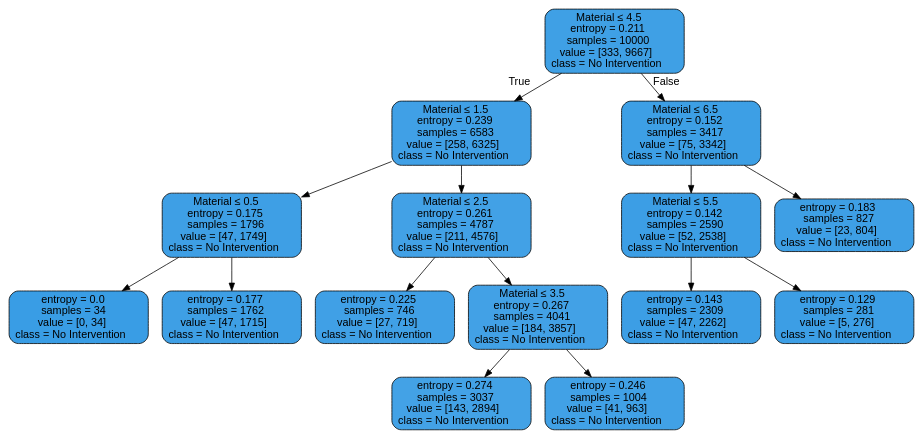
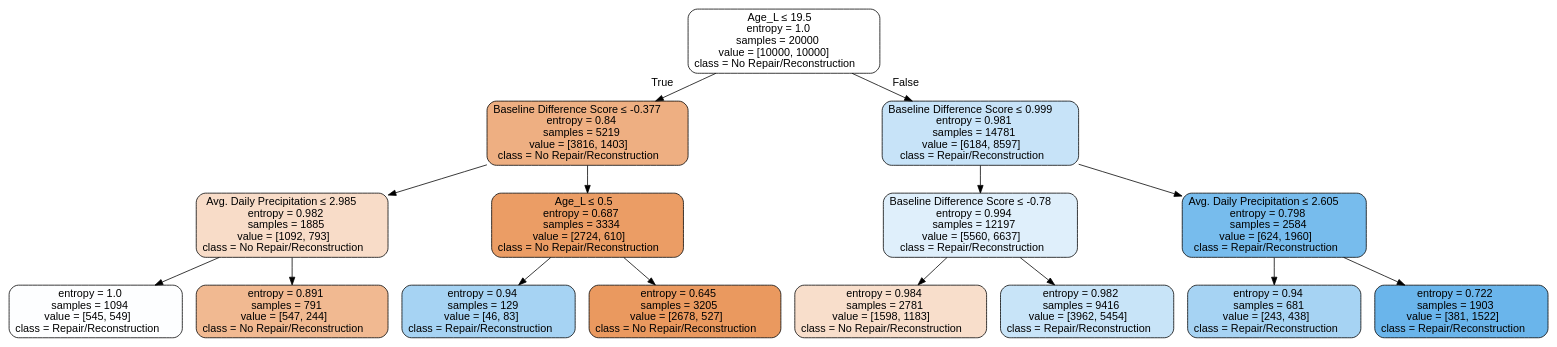
The diagram in tree.dot (kaleoyster/nbi-predictive-analysis), drawn with Graphviz before and after one commit. The commit also changed 1 other file, not shown here.

```diff
--- a/tree.dot
+++ b/tree.dot
@@ -1,33 +1,33 @@
 digraph Tree {
 node [shape=box, style="filled, rounded", color="black", fontname=helvetica] ;
 edge [fontname=helvetica] ;
-0 [label=<Material &le; 4.5<br/>entropy = 0.211<br/>samples = 10000<br/>value = [333, 9667]<br/>class = No Intervention>, fillcolor="#399de5f6"] ;
-1 [label=<Material &le; 1.5<br/>entropy = 0.239<br/>samples = 6583<br/>value = [258, 6325]<br/>class = No Intervention>, fillcolor="#399de5f5"] ;
+0 [label=<Age_L &le; 19.5<br/>entropy = 1.0<br/>samples = 20000<br/>value = [10000, 10000]<br/>class = No Repair/Reconstruction>, fillcolor="#e5813900"] ;
+1 [label=<Baseline Difference Score &le; -0.377<br/>entropy = 0.84<br/>samples = 5219<br/>value = [3816, 1403]<br/>class = No Repair/Reconstruction>, fillcolor="#e58139a1"] ;
 0 -> 1 [labeldistance=2.5, labelangle=45, headlabel="True"] ;
-2 [label=<Material &le; 0.5<br/>entropy = 0.175<br/>samples = 1796<br/>value = [47, 1749]<br/>class = No Intervention>, fillcolor="#399de5f8"] ;
+2 [label=<Avg. Daily Precipitation &le; 2.985<br/>entropy = 0.982<br/>samples = 1885<br/>value = [1092, 793]<br/>class = No Repair/Reconstruction>, fillcolor="#e5813946"] ;
 1 -> 2 ;
-3 [label=<entropy = 0.0<br/>samples = 34<br/>value = [0, 34]<br/>class = No Intervention>, fillcolor="#399de5ff"] ;
+3 [label=<entropy = 1.0<br/>samples = 1094<br/>value = [545, 549]<br/>class = Repair/Reconstruction>, fillcolor="#399de502"] ;
 2 -> 3 ;
-4 [label=<entropy = 0.177<br/>samples = 1762<br/>value = [47, 1715]<br/>class = No Intervention>, fillcolor="#399de5f8"] ;
+4 [label=<entropy = 0.891<br/>samples = 791<br/>value = [547, 244]<br/>class = No Repair/Reconstruction>, fillcolor="#e581398d"] ;
 2 -> 4 ;
-5 [label=<Material &le; 2.5<br/>entropy = 0.261<br/>samples = 4787<br/>value = [211, 4576]<br/>class = No Intervention>, fillcolor="#399de5f3"] ;
+5 [label=<Age_L &le; 0.5<br/>entropy = 0.687<br/>samples = 3334<br/>value = [2724, 610]<br/>class = No Repair/Reconstruction>, fillcolor="#e58139c6"] ;
 1 -> 5 ;
-6 [label=<entropy = 0.225<br/>samples = 746<br/>value = [27, 719]<br/>class = No Intervention>, fillcolor="#399de5f5"] ;
+6 [label=<entropy = 0.94<br/>samples = 129<br/>value = [46, 83]<br/>class = Repair/Reconstruction>, fillcolor="#399de572"] ;
 5 -> 6 ;
-7 [label=<Material &le; 3.5<br/>entropy = 0.267<br/>samples = 4041<br/>value = [184, 3857]<br/>class = No Intervention>, fillcolor="#399de5f3"] ;
+7 [label=<entropy = 0.645<br/>samples = 3205<br/>value = [2678, 527]<br/>class = No Repair/Reconstruction>, fillcolor="#e58139cd"] ;
 5 -> 7 ;
-8 [label=<entropy = 0.274<br/>samples = 3037<br/>value = [143, 2894]<br/>class = No Intervention>, fillcolor="#399de5f2"] ;
-7 -> 8 ;
-9 [label=<entropy = 0.246<br/>samples = 1004<br/>value = [41, 963]<br/>class = No Intervention>, fillcolor="#399de5f4"] ;
-7 -> 9 ;
-10 [label=<Material &le; 6.5<br/>entropy = 0.152<br/>samples = 3417<br/>value = [75, 3342]<br/>class = No Intervention>, fillcolor="#399de5f9"] ;
-0 -> 10 [labeldistance=2.5, labelangle=-45, headlabel="False"] ;
-11 [label=<Material &le; 5.5<br/>entropy = 0.142<br/>samples = 2590<br/>value = [52, 2538]<br/>class = No Intervention>, fillcolor="#399de5fa"] ;
-10 -> 11 ;
-12 [label=<entropy = 0.143<br/>samples = 2309<br/>value = [47, 2262]<br/>class = No Intervention>, fillcolor="#399de5fa"] ;
-11 -> 12 ;
-13 [label=<entropy = 0.129<br/>samples = 281<br/>value = [5, 276]<br/>class = No Intervention>, fillcolor="#399de5fa"] ;
-11 -> 13 ;
-14 [label=<entropy = 0.183<br/>samples = 827<br/>value = [23, 804]<br/>class = No Intervention>, fillcolor="#399de5f8"] ;
-10 -> 14 ;
+8 [label=<Baseline Difference Score &le; 0.999<br/>entropy = 0.981<br/>samples = 14781<br/>value = [6184, 8597]<br/>class = Repair/Reconstruction>, fillcolor="#399de548"] ;
+0 -> 8 [labeldistance=2.5, labelangle=-45, headlabel="False"] ;
+9 [label=<Baseline Difference Score &le; -0.78<br/>entropy = 0.994<br/>samples = 12197<br/>value = [5560, 6637]<br/>class = Repair/Reconstruction>, fillcolor="#399de529"] ;
+8 -> 9 ;
+10 [label=<entropy = 0.984<br/>samples = 2781<br/>value = [1598, 1183]<br/>class = No Repair/Reconstruction>, fillcolor="#e5813942"] ;
+9 -> 10 ;
+11 [label=<entropy = 0.982<br/>samples = 9416<br/>value = [3962, 5454]<br/>class = Repair/Reconstruction>, fillcolor="#399de546"] ;
+9 -> 11 ;
+12 [label=<Avg. Daily Precipitation &le; 2.605<br/>entropy = 0.798<br/>samples = 2584<br/>value = [624, 1960]<br/>class = Repair/Reconstruction>, fillcolor="#399de5ae"] ;
+8 -> 12 ;
+13 [label=<entropy = 0.94<br/>samples = 681<br/>value = [243, 438]<br/>class = Repair/Reconstruction>, fillcolor="#399de572"] ;
+12 -> 13 ;
+14 [label=<entropy = 0.722<br/>samples = 1903<br/>value = [381, 1522]<br/>class = Repair/Reconstruction>, fillcolor="#399de5bf"] ;
+12 -> 14 ;
 }
```
